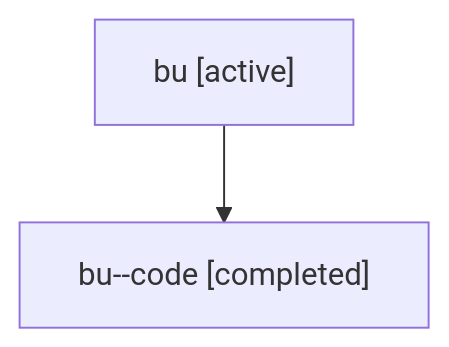
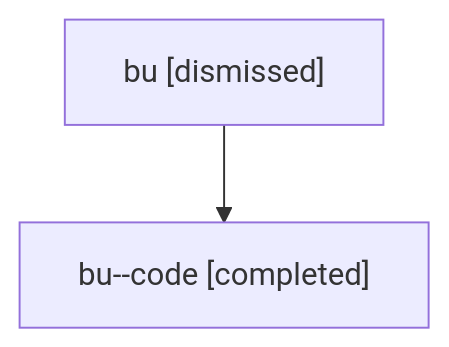
The diagram in sessions/bbugyi200.athena.bu.md (sase-org/sase--agents), drawn with Mermaid before and after one commit. The commit also changed other lines of this file and 24 other files, not shown here.

````diff
--- a/sessions/bbugyi200.athena.bu.md
+++ b/sessions/bbugyi200.athena.bu.md
@@ -9,6 +9,6 @@
 ```mermaid
 flowchart TD
-  n0["bu [active]"]
+  n0["bu [dismissed]"]
   n1["bu--code [completed]"]
   n0 --> n1
 ```
````
